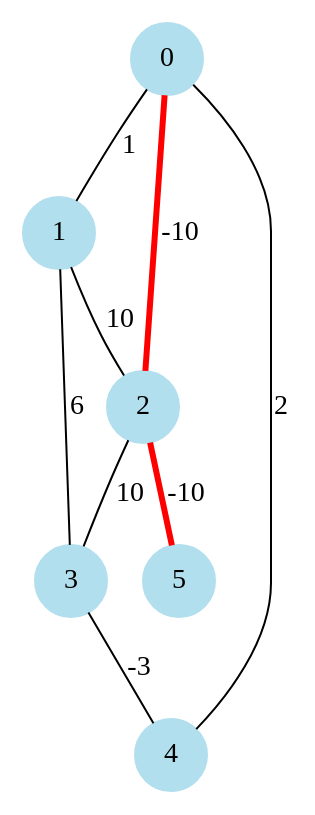
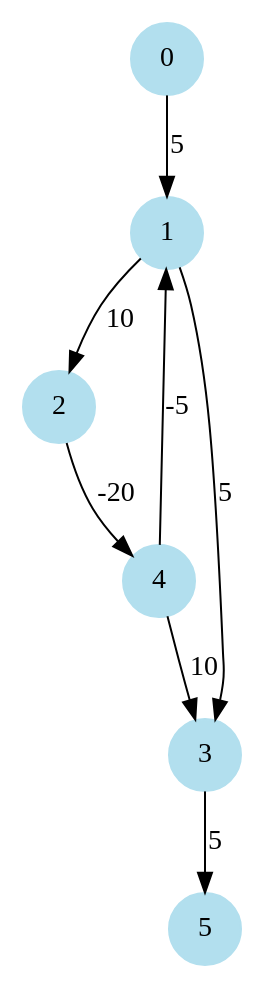
One commit to cni-iisc/networks-course changed the diagram in graph_algorithms/graphFiles/neg_bellmanFord.gv. Above: the diagram before and after it, drawn with Graphviz. The commit also changed 8 other files, not shown here.

```diff
--- a/graph_algorithms/graphFiles/neg_bellmanFord.gv
+++ b/graph_algorithms/graphFiles/neg_bellmanFord.gv
@@ -1,17 +1,16 @@
-graph G {
+digraph G {
 	node [color=lightblue2 shape=circle style=filled]
 	0 [label=0]
 	1 [label=1]
 	2 [label=2]
 	3 [label=3]
 	4 [label=4]
 	5 [label=5]
-	0 -- 1 [label=1]
-	0 -- 2 [label=-10, color=red, penwidth=3]
-	0 -- 4 [label=2]
-	1 -- 2 [label=10]
-	1 -- 3 [label=6]
-	2 -- 3 [label=10]
-	2 -- 5 [label=-10, color=red, penwidth=3]
-	3 -- 4 [label=-3]
+	0 -> 1 [label=5]
+	1 -> 2 [label=10]
+	1 -> 3 [label=5]
+	2 -> 4 [label=-20]
+	4 -> 3 [label=10]
+	3 -> 5 [label=5]
+	4 -> 1 [label=-5]
 }
```
